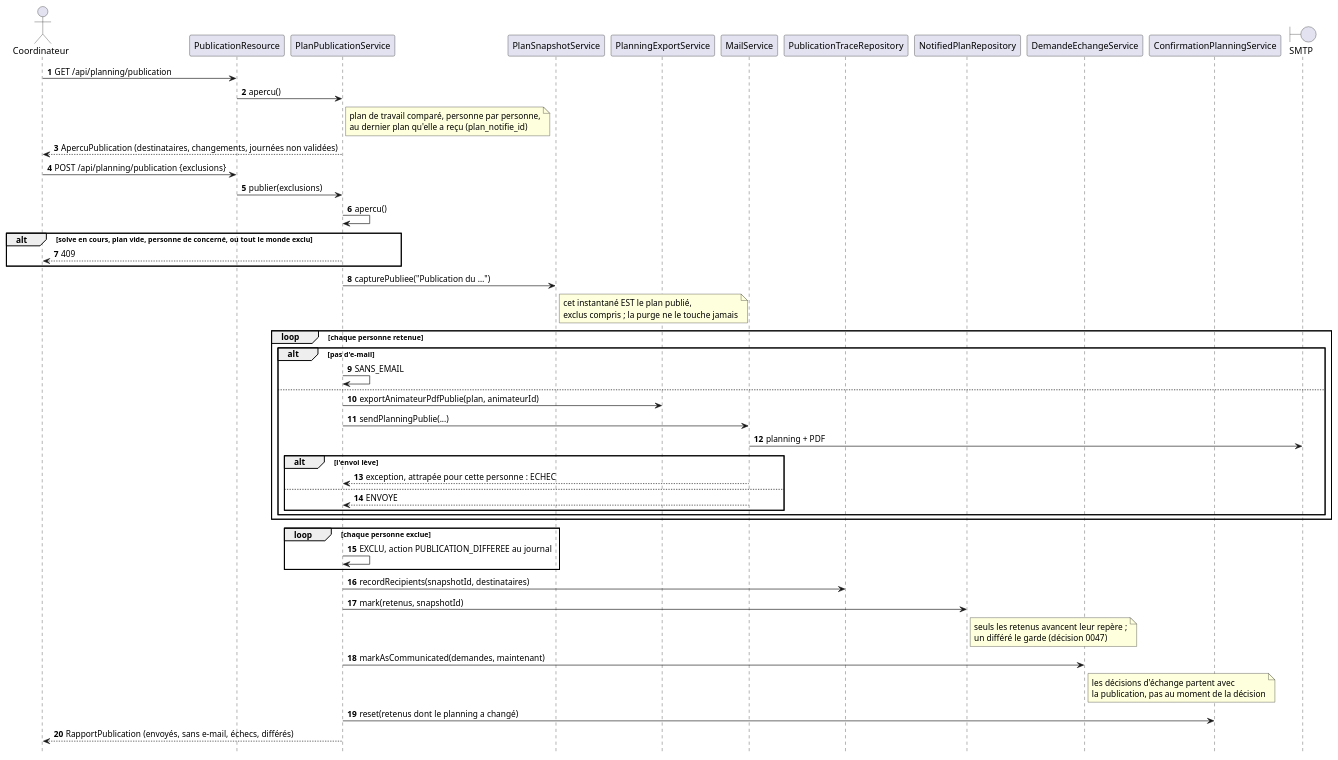
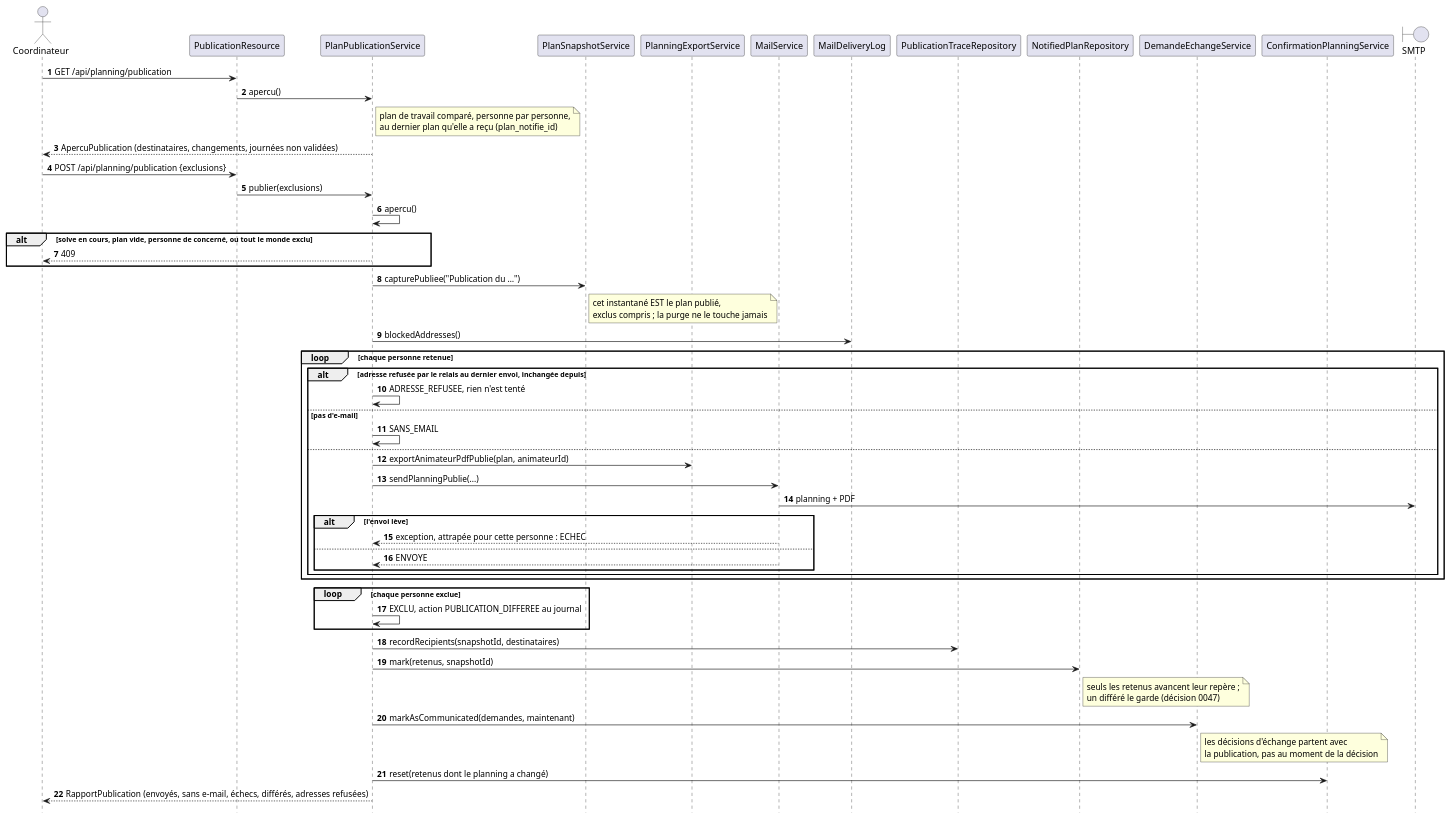
Before and after one commit to sylvainmetayer/planning-equipes: the diagram in docs/diagrammes/publication.puml, drawn with PlantUML. The commit also changed 62 other files, not shown here.

First line of the commit message:
feat(animateurs): bloquer tout envoi vers une adresse refusée

```diff
--- a/docs/diagrammes/publication.puml
+++ b/docs/diagrammes/publication.puml
@@ -1,61 +1,65 @@
 @startuml
 ' Publier : l'aperçu ne fait rien partir ; la publication photographie le plan
 ' pour tout le monde, puis écrit à chaque personne retenue. Un envoi qui échoue
 ' est compté, pas rejoué, et n'arrête pas les autres. Une personne différée
 ' garde son ancien repère : la prochaine publication lui dira tout.
 ' Voir docs/api.md, « Publication », et docs/decisions/0011, 0025, 0047.
 skinparam backgroundColor #FFFFFF
 skinparam responseMessageBelowArrow true
 hide footbox
 autonumber
 
 actor "Coordinateur" as admin
 participant PublicationResource as resource
 participant PlanPublicationService as publication
 participant PlanSnapshotService as snapshots
 participant PlanningExportService as exports
 participant MailService as mails
+participant MailDeliveryLog as envois
 participant PublicationTraceRepository as traces
 participant NotifiedPlanRepository as reperes
 participant DemandeEchangeService as echanges
 participant ConfirmationPlanningService as confirmations
 boundary "SMTP" as smtp
 
 admin -> resource : GET /api/planning/publication
 resource -> publication : apercu()
 note right of publication : plan de travail comparé, personne par personne,\nau dernier plan qu'elle a reçu (plan_notifie_id)
 publication --> admin : ApercuPublication (destinataires, changements, journées non validées)
 
 admin -> resource : POST /api/planning/publication {exclusions}
 resource -> publication : publier(exclusions)
 publication -> publication : apercu()
 alt solve en cours, plan vide, personne de concerné, ou tout le monde exclu
   publication --> admin : 409
 end
 publication -> snapshots : capturePubliee("Publication du …")
 note right of snapshots : cet instantané EST le plan publié,\nexclus compris ; la purge ne le touche jamais
+publication -> envois : blockedAddresses()
 loop chaque personne retenue
-  alt pas d'e-mail
+  alt adresse refusée par le relais au dernier envoi, inchangée depuis
+    publication -> publication : ADRESSE_REFUSEE, rien n'est tenté
+  else pas d'e-mail
     publication -> publication : SANS_EMAIL
   else
     publication -> exports : exportAnimateurPdfPublie(plan, animateurId)
     publication -> mails : sendPlanningPublie(...)
     mails -> smtp : planning + PDF
     alt l'envoi lève
       mails --> publication : exception, attrapée pour cette personne : ECHEC
     else
       mails --> publication : ENVOYE
     end
   end
 end
 loop chaque personne exclue
   publication -> publication : EXCLU, action PUBLICATION_DIFFEREE au journal
 end
 publication -> traces : recordRecipients(snapshotId, destinataires)
 publication -> reperes : mark(retenus, snapshotId)
 note right of reperes : seuls les retenus avancent leur repère ;\nun différé le garde (décision 0047)
 publication -> echanges : markAsCommunicated(demandes, maintenant)
 note right of echanges : les décisions d'échange partent avec\nla publication, pas au moment de la décision
 publication -> confirmations : reset(retenus dont le planning a changé)
-publication --> admin : RapportPublication (envoyés, sans e-mail, échecs, différés)
+publication --> admin : RapportPublication (envoyés, sans e-mail, échecs, différés, adresses refusées)
 @enduml
```
